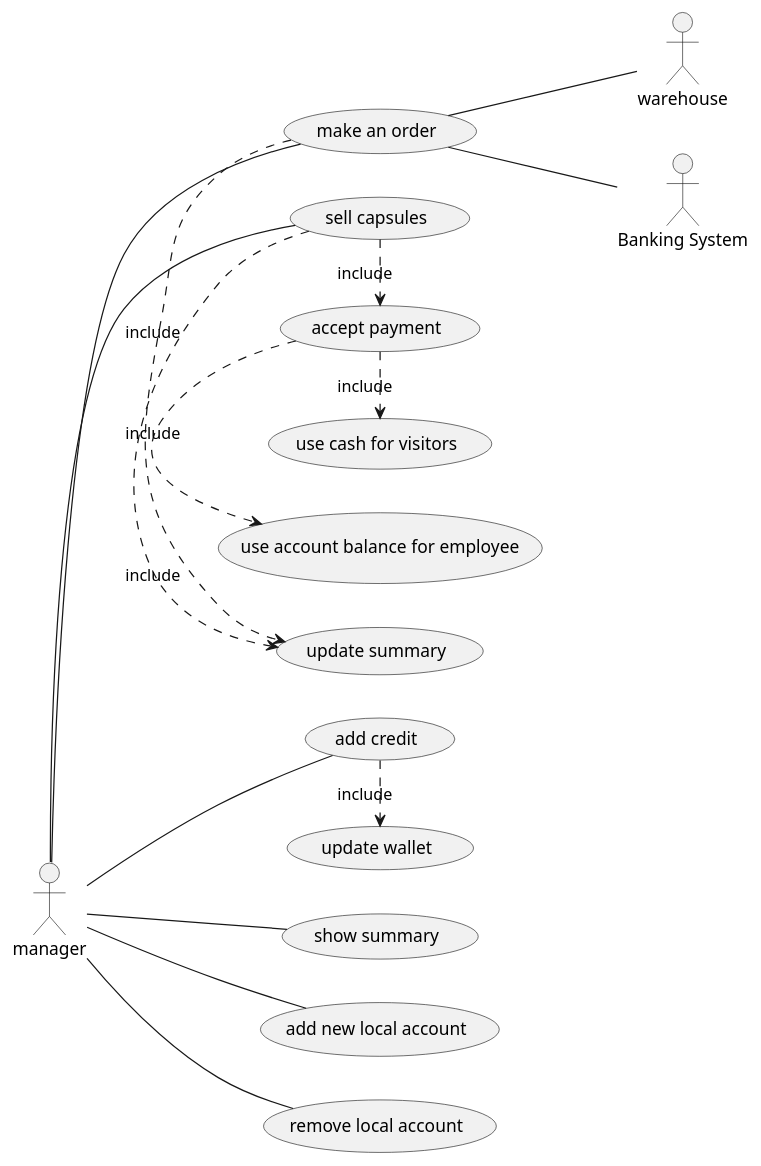
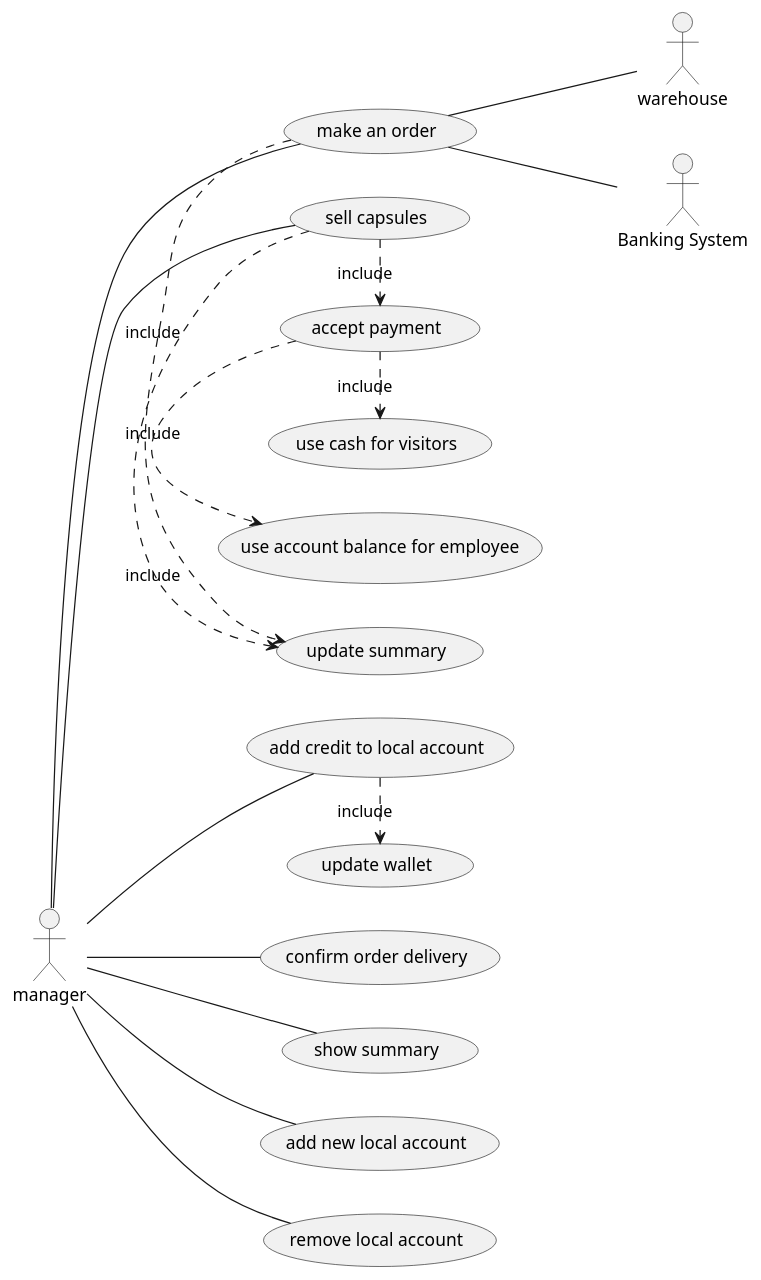
One commit to DarkSee/LaTazza changed the second of 4 diagrams in templates/RequirementsTemplate.md. Above: the diagram before and after it, drawn with PlantUML.

Commit message:
add Confirm Order Delivery in Use Case Diagram

````diff
--- a/templates/RequirementsTemplate.md
+++ b/templates/RequirementsTemplate.md
@@ -169,26 +169,29 @@
 ```plantuml
 left to right direction
 skinparam packageStyle rectangular
 
 actor warehouse as w
 actor manager as m
 actor "Banking System" as bs
 
+
 m -- (sell capsules)
 m -- (make an order)
+m -- (confirm order delivery)
 m -- (show summary)
-m -- (add credit)
+m -- (add credit to local account)
 m -- (add new local account)
 m -- (remove local account)
+
 (make an order) -- bs
 (make an order) -- w
 (make an order) .> (update summary) : include
 
 
 (sell capsules) .> (accept payment): include
 (accept payment) .> (use account balance for employee): include
 (accept payment) .> (use cash for visitors) : include
 (sell capsules) .> (update summary) : include
-(add credit) .> (update wallet) : include
+(add credit to local account) .> (update wallet) : include
 
 ```
````
